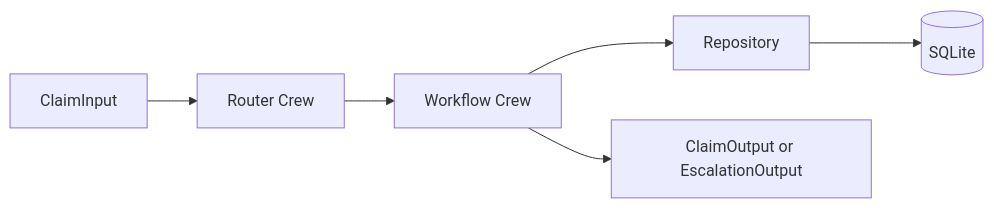
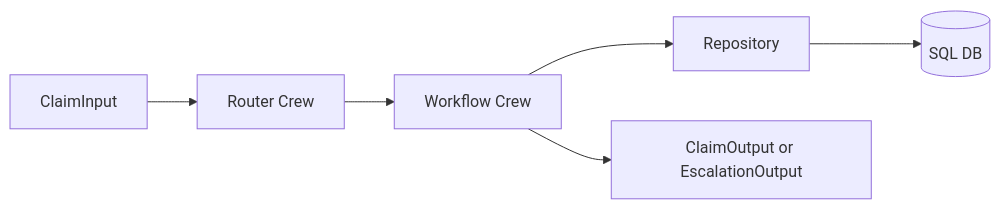
The fourth of 6 diagrams in docs/architecture.md (csmangum/auto-agent), drawn with Mermaid before and after one commit. The commit also changed other lines of this file and 4 other files, not shown here.

````diff
--- a/docs/architecture.md
+++ b/docs/architecture.md
@@ -113,8 +113,8 @@
 ```mermaid
 flowchart LR
     ClaimInput[ClaimInput] --> Router[Router Crew]
     Router --> Crew[Workflow Crew]
     Crew --> Repo[Repository]
-    Repo --> DB[(SQLite)]
+    Repo --> DB[(SQL DB)]
     Crew --> Out["ClaimOutput or EscalationOutput"]
 ```
````
